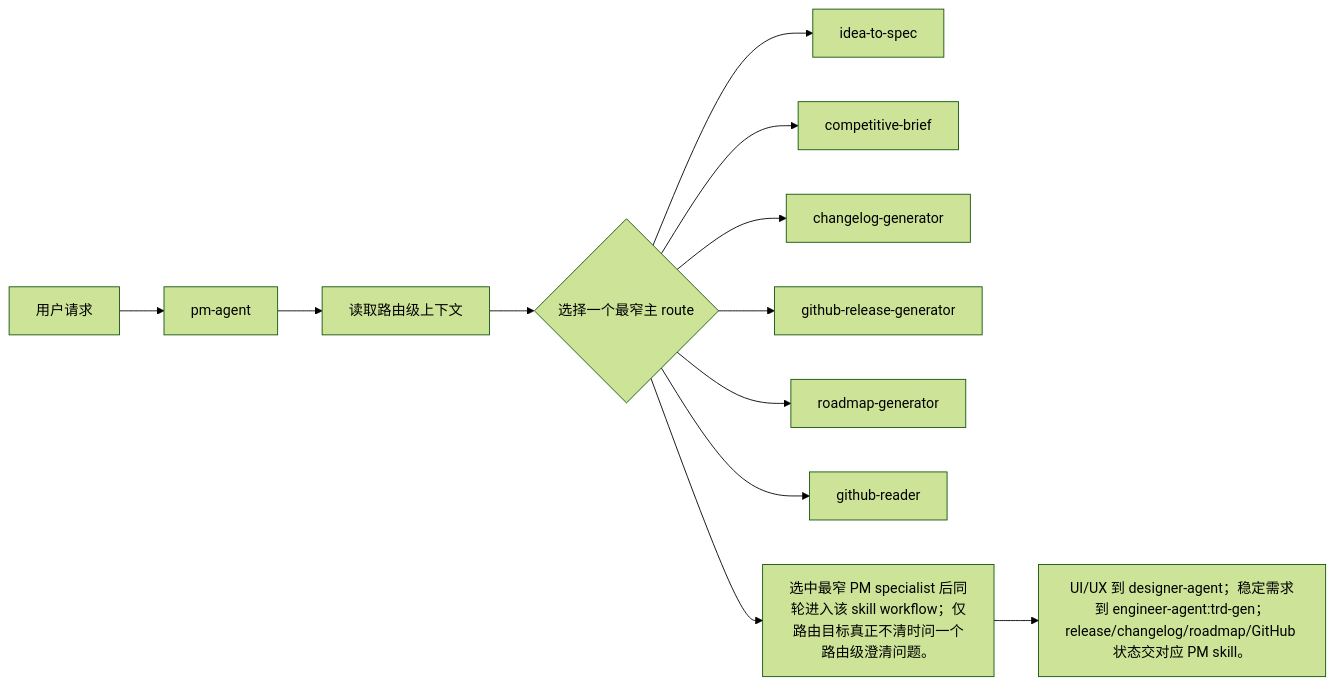
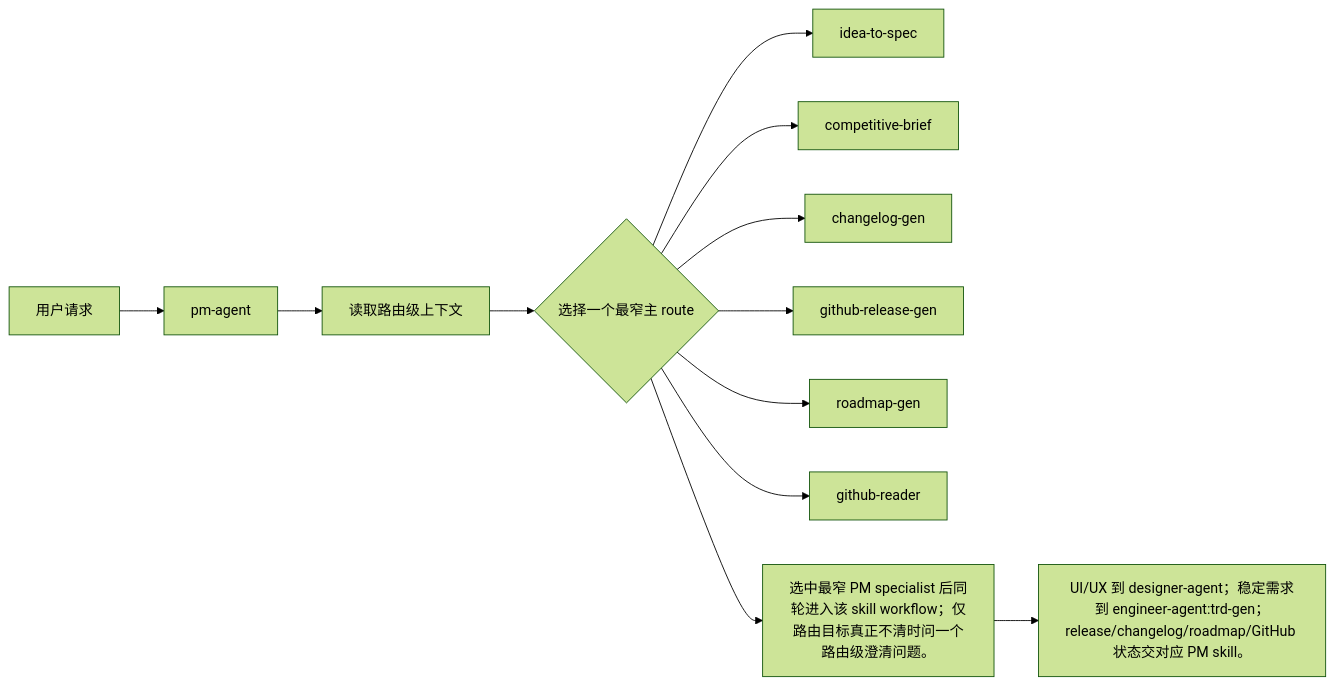
The diagram in docs/pm/agents/pm-agent/skills/pm-agent/PRD.md (Neplich/dev-agent-skills), drawn with Mermaid (forest theme) before and after one commit. The commit also changed other lines of this file and 434 other files, not shown here.

````diff
--- a/docs/pm/agents/pm-agent/skills/pm-agent/PRD.md
+++ b/docs/pm/agents/pm-agent/skills/pm-agent/PRD.md
@@ -108,14 +108,14 @@
 ```mermaid
 flowchart LR
     User["用户请求"] --> Entry["pm-agent"]
     Entry --> Context["读取路由级上下文"]
     Context --> Decision{"选择一个最窄主 route"}
     Decision --> idea_to_spec["idea-to-spec"]
     Decision --> competitive_brief["competitive-brief"]
-    Decision --> changelog_generator["changelog-generator"]
-    Decision --> github_release_generator["github-release-generator"]
-    Decision --> roadmap_generator["roadmap-generator"]
+    Decision --> changelog_generator["changelog-gen"]
+    Decision --> github_release_generator["github-release-gen"]
+    Decision --> roadmap_generator["roadmap-gen"]
     Decision --> github_reader["github-reader"]
     Decision --> Output["选中最窄 PM specialist 后同轮进入该 skill workflow；仅路由目标真正不清时问一个路由级澄清问题。"]
     Output --> Handoff["UI/UX 到 designer-agent；稳定需求到 engineer-agent:trd-gen；release/changelog/roadmap/GitHub 状态交对应 PM skill。"]
 ```
````
